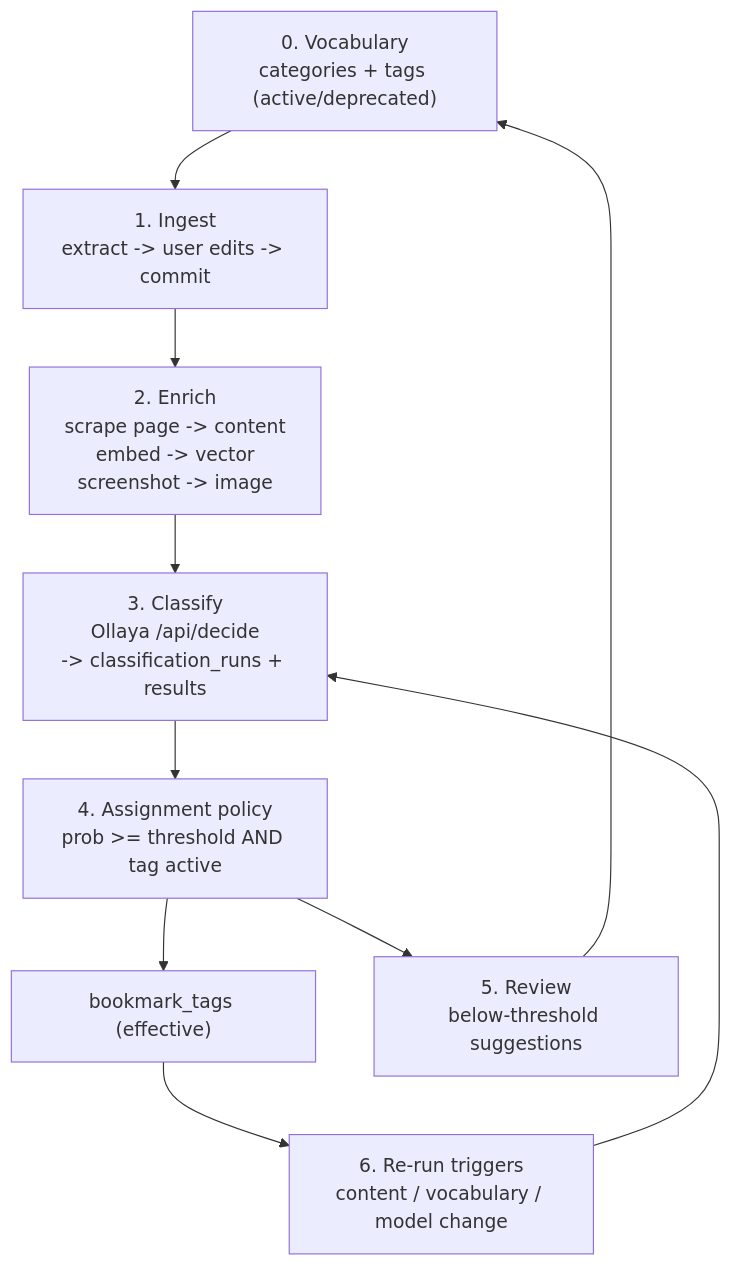
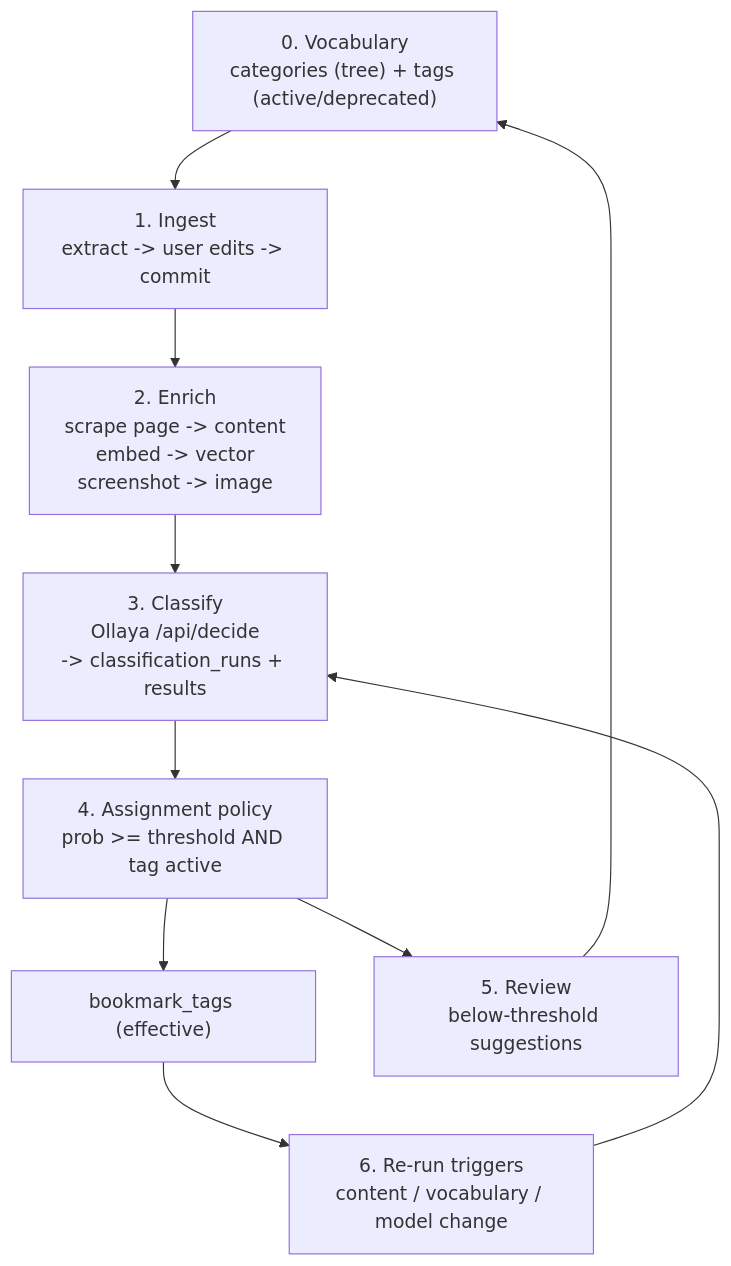
Before and after one commit to leonistor/al-yo-bo: the second of 2 diagrams in docs/ARCHITECTURE.md, drawn with Mermaid. The commit also changed other lines of this file and 3 other files, not shown here.

First line of the commit message:
docs: rewrite MODEL/ARCHITECTURE v2 for the greenfield rebuild

````diff
--- a/docs/ARCHITECTURE.md
+++ b/docs/ARCHITECTURE.md
@@ -326,12 +372,12 @@
 ```mermaid
 flowchart TD
-  V["0. Vocabulary\ncategories + tags (active/deprecated)"] --> I
+  V["0. Vocabulary\ncategories (tree) + tags (active/deprecated)"] --> I
   I["1. Ingest\nextract -> user edits -> commit"] --> E
   E["2. Enrich\nscrape page -> content\nembed -> vector\nscreenshot -> image"] --> C
   C["3. Classify\nOllaya /api/decide\n-> classification_runs + results"] --> A
   A["4. Assignment policy\nprob >= threshold AND tag active"] --> T["bookmark_tags (effective)"]
   A --> R["5. Review\nbelow-threshold suggestions"]
   R --> V
   T --> S["6. Re-run triggers\ncontent / vocabulary / model change"]
   S --> C
 ```
````
